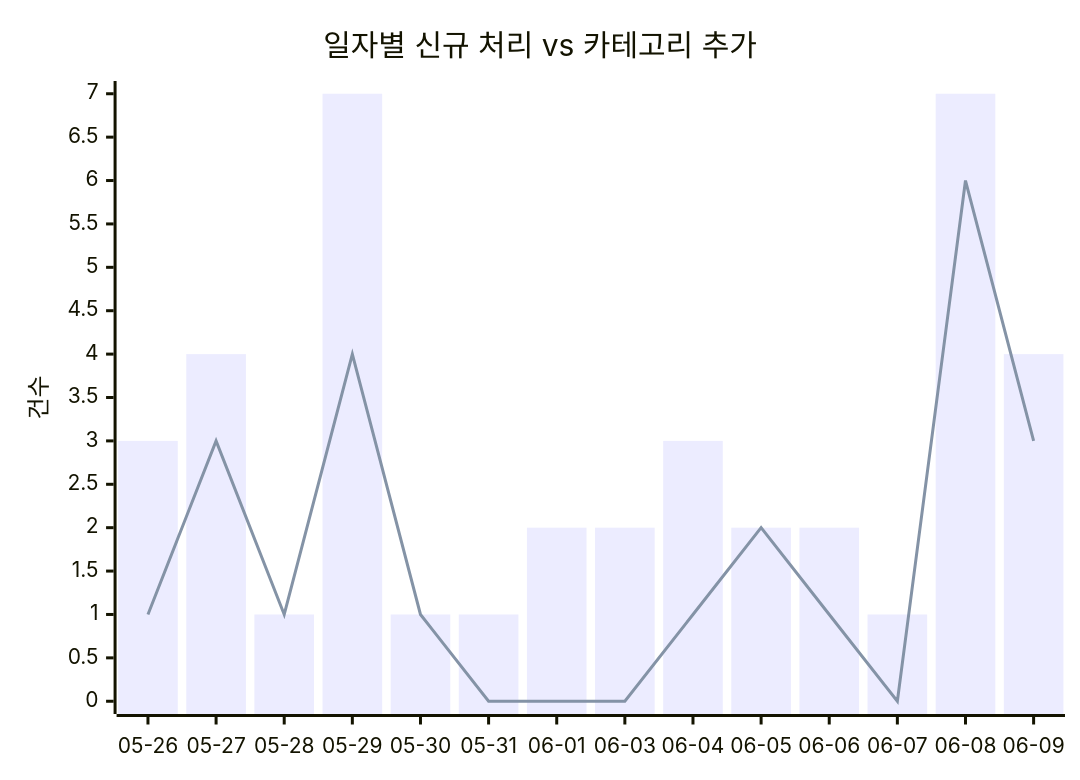
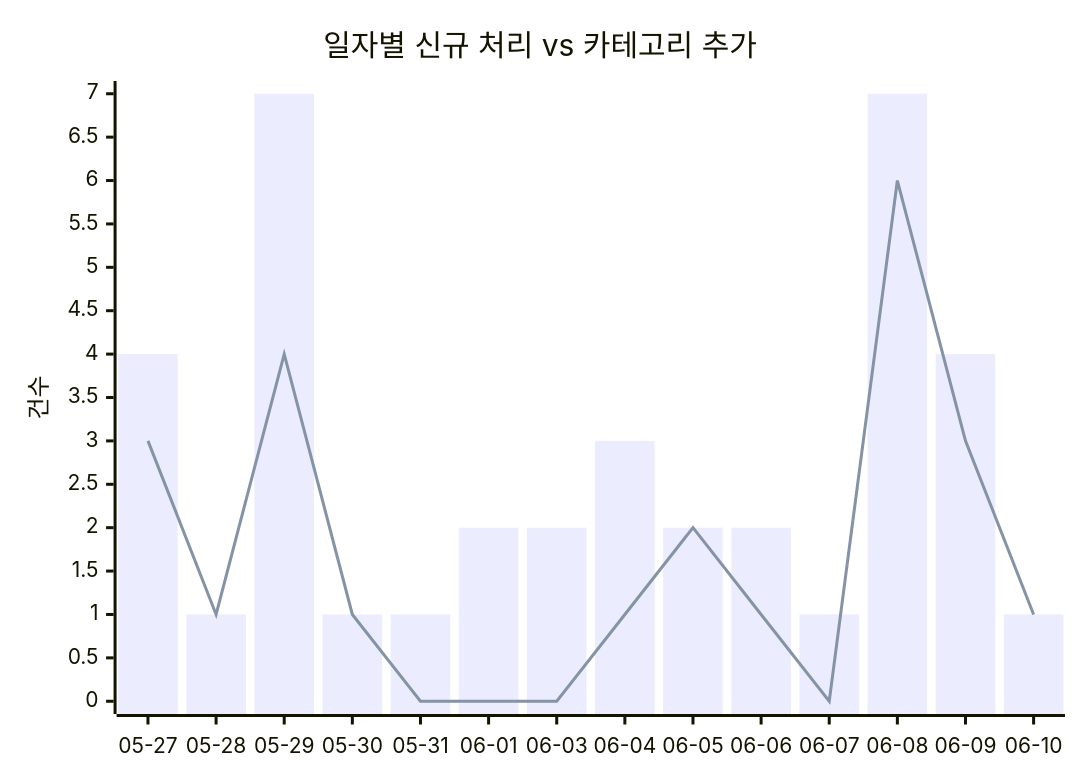
One commit to J-nowcow/awesome-korean-agent-skills changed the first of 2 diagrams in docs/trends.md. Above: the diagram before and after it, drawn with Mermaid. The commit also changed other lines of this file and 4 other files, not shown here.

````diff
--- a/docs/trends.md
+++ b/docs/trends.md
@@ -32,8 +32,8 @@
 ```mermaid
 xychart-beta
     title "일자별 신규 처리 vs 카테고리 추가"
-    x-axis ["05-26","05-27","05-28","05-29","05-30","05-31","06-01","06-03","06-04","06-05","06-06","06-07","06-08","06-09"]
+    x-axis ["05-27","05-28","05-29","05-30","05-31","06-01","06-03","06-04","06-05","06-06","06-07","06-08","06-09","06-10"]
     y-axis "건수"
-    bar [3,4,1,7,1,1,2,2,3,2,2,1,7,4]
-    line [1,3,1,4,1,0,0,0,1,2,1,0,6,3]
+    bar [4,1,7,1,1,2,2,3,2,2,1,7,4,1]
+    line [3,1,4,1,0,0,0,1,2,1,0,6,3,1]
 ```
````
